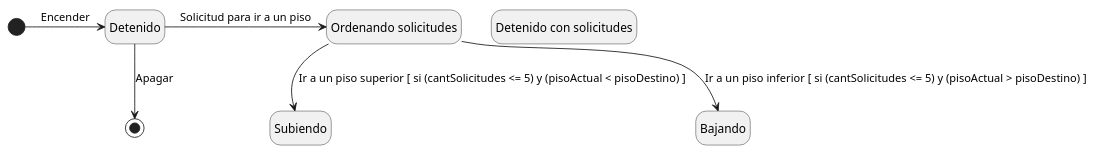
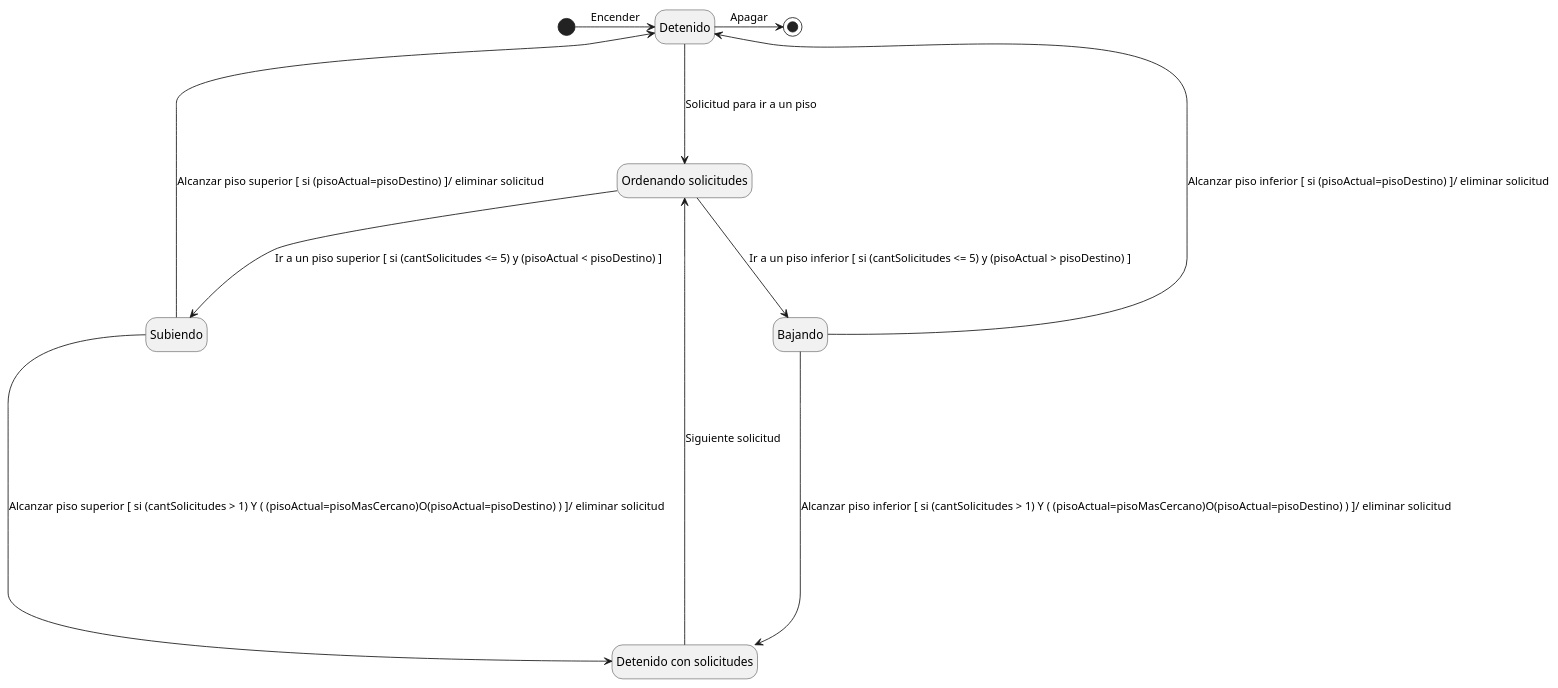
One commit to Z0SO/UML-Practice changed the second of 2 diagrams in Parcial_2/01-Vista_maquina_de_estados/ej-3.md. Above: the diagram before and after it, drawn with PlantUML. The commit also changed 1 other file, not shown here.

Commit message:
bkp -> 2024-11-18 21:22:37

````diff
--- a/Parcial_2/01-Vista_maquina_de_estados/ej-3.md
+++ b/Parcial_2/01-Vista_maquina_de_estados/ej-3.md
@@ -47,23 +47,38 @@
 ```plantuml
 @startuml
 hide empty description
+
+
 
 state "Detenido" as detenido 
 state "Subiendo" as subiendo
 state "Bajando" as bajando
 state "Detenido con solicitudes" as detenidoConSolicitudes
 
 state "Ordenando solicitudes" as ordenandoSolicitudes
 
 
 [*] -> detenido: Encender
 
-detenido -> ordenandoSolicitudes: Solicitud para ir a un piso
+detenido --> ordenandoSolicitudes: Solicitud para ir a un piso
 
-ordenandoSolicitudes --> subiendo: Ir a un piso superior [ si (cantSolicitudes <= 5) y (pisoActual < pisoDestino) ]
+ordenandoSolicitudes ---> subiendo: Ir a un piso superior [ si (cantSolicitudes <= 5) y (pisoActual < pisoDestino) ]
 
-ordenandoSolicitudes --> bajando: Ir a un piso inferior [ si (cantSolicitudes <= 5) y (pisoActual > pisoDestino) ]
+ordenandoSolicitudes ---> bajando: Ir a un piso inferior [ si (cantSolicitudes <= 5) y (pisoActual > pisoDestino) ]
 
-detenido --> [*]: Apagar
+
+subiendo ----> detenidoConSolicitudes: Alcanzar piso superior [ si (cantSolicitudes > 1) Y ( (pisoActual=pisoMasCercano)O(pisoActual=pisoDestino) ) ]/ eliminar solicitud
+
+bajando ------> detenidoConSolicitudes: Alcanzar piso inferior [ si (cantSolicitudes > 1) Y ( (pisoActual=pisoMasCercano)O(pisoActual=pisoDestino) ) ]/ eliminar solicitud
+
+
+detenidoConSolicitudes ----> ordenandoSolicitudes: Siguiente solicitud
+
+' entra por aca solamente cuando no sea > 1, es decir, solo queda una solicitud
+bajando -----> detenido: Alcanzar piso inferior [ si (pisoActual=pisoDestino) ]/ eliminar solicitud
+subiendo ----> detenido: Alcanzar piso superior [ si (pisoActual=pisoDestino) ]/ eliminar solicitud
+
+detenido -> [*]: Apagar
+
 @enduml
 ```
````
